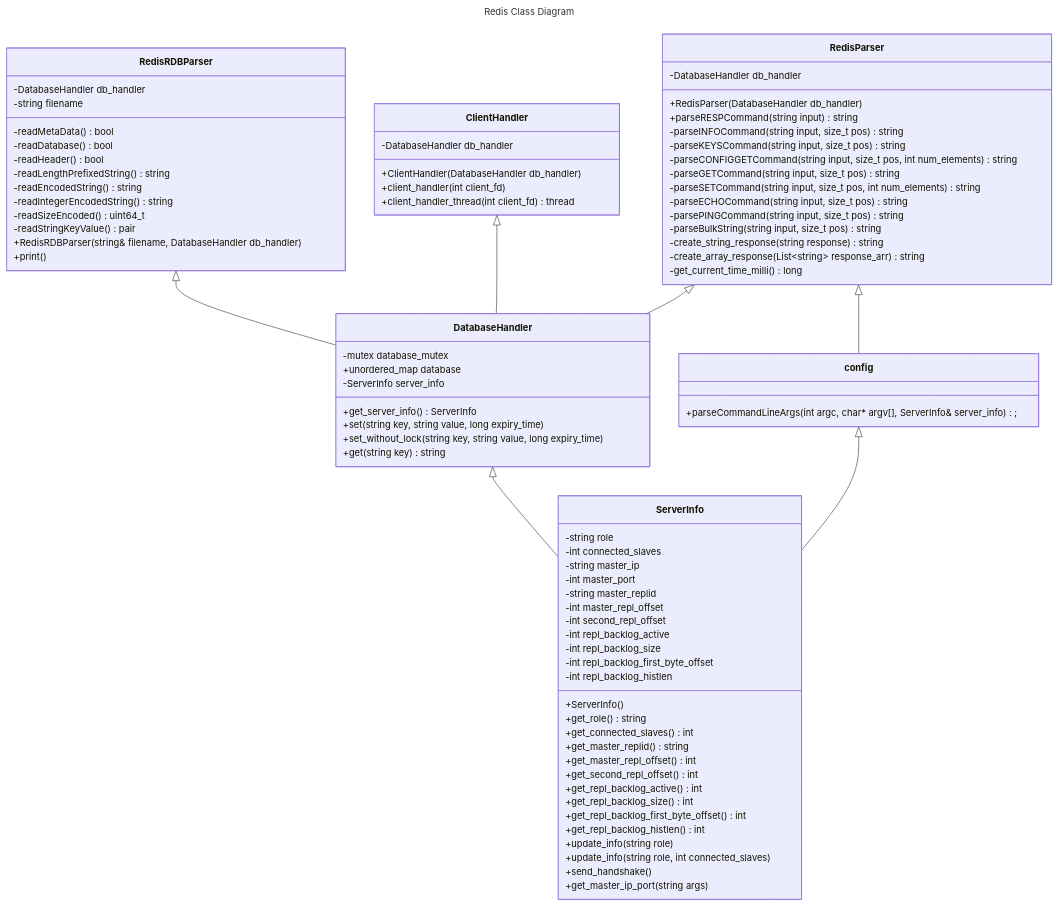
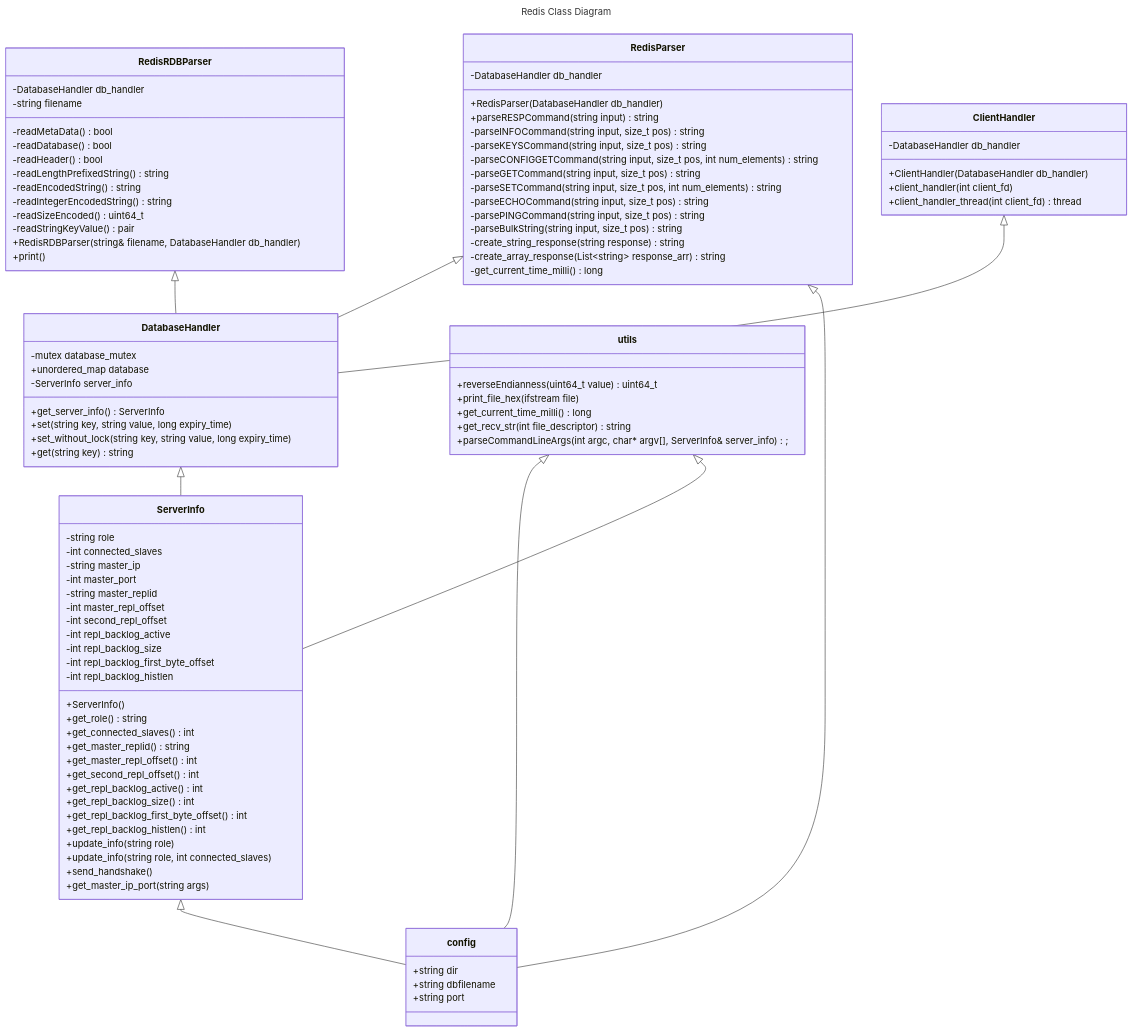
The diagram in class_diagram.mmd (aniketmahajan20/aniketmahajan20-redis-cpp), drawn with Mermaid before and after one commit. The commit also changed 3 other files, not shown here.

```diff
--- a/class_diagram.mmd
+++ b/class_diagram.mmd
@@ -1,86 +1,97 @@
 ---
 title: Redis Class Diagram
 ---
 classDiagram
     RedisRDBParser <|-- DatabaseHandler
     ClientHandler <|-- DatabaseHandler
     RedisParser <|-- DatabaseHandler
     DatabaseHandler <|-- ServerInfo
-    config <|-- ServerInfo
     RedisParser <|-- config
+    utils <|-- config
+    ServerInfo <|-- config
+    utils <|-- ServerInfo 
     class RedisRDBParser{
         -DatabaseHandler db_handler
         -string filename
         -readMetaData() bool
         -readDatabase() bool
         -readHeader() bool
         -readLengthPrefixedString() string
         -readEncodedString() string
         -readIntegerEncodedString() string
         -readSizeEncoded() uint64_t
         -readStringKeyValue() pair
         +RedisRDBParser(string& filename, DatabaseHandler db_handler)
         +print()
     }
     class DatabaseHandler{
         -mutex database_mutex
         +unordered_map database
         -ServerInfo server_info
         +get_server_info() ServerInfo
         +set(string key, string value, long expiry_time) 
         +set_without_lock(string key, string value, long expiry_time)
         +get(string key) string
     }
     class ClientHandler{ 
         +ClientHandler(DatabaseHandler db_handler)
         +client_handler(int client_fd)
         +client_handler_thread(int client_fd) thread
         -DatabaseHandler db_handler
     }
     class RedisParser{
         +RedisParser(DatabaseHandler db_handler)
         +parseRESPCommand(string input) string
         -DatabaseHandler db_handler
         -parseINFOCommand(string input, size_t pos) string
         -parseKEYSCommand(string input, size_t pos) string
         -parseCONFIGGETCommand(string input, size_t pos, int num_elements) string
         -parseGETCommand(string input, size_t pos) string
         -parseSETCommand(string input, size_t pos, int num_elements) string
         -parseECHOCommand(string input, size_t pos) string
         -parsePINGCommand(string input, size_t pos) string
         -parseBulkString(string input, size_t pos) string
         -create_string_response(string response) string
         -create_array_response(List~string~ response_arr) string
         -get_current_time_milli() long
     }
     class ServerInfo{
         +ServerInfo()
         +get_role() string
         +get_connected_slaves() int
         +get_master_replid() string
         +get_master_repl_offset() int
         +get_second_repl_offset() int
         +get_repl_backlog_active() int
         +get_repl_backlog_size() int
         +get_repl_backlog_first_byte_offset() int
         +get_repl_backlog_histlen() int
         +update_info(string role)
         +update_info(string role, int connected_slaves)
         +send_handshake()
         +get_master_ip_port(string args)
 
         -string role
         -int connected_slaves
         -string master_ip
         -int master_port
         -string master_replid
         -int master_repl_offset
         -int second_repl_offset
         -int repl_backlog_active
         -int repl_backlog_size
         -int repl_backlog_first_byte_offset
         -int repl_backlog_histlen
     }
     class config{
+        +string dir
+        +string dbfilename
+        +string port
+    }
+    class utils{
+        +reverseEndianness(uint64_t value) uint64_t
+        +print_file_hex(ifstream file)
+        +get_current_time_milli() long
+        +get_recv_str(int file_descriptor) string
         +parseCommandLineArgs(int argc, char* argv[], ServerInfo& server_info);
     }
```
